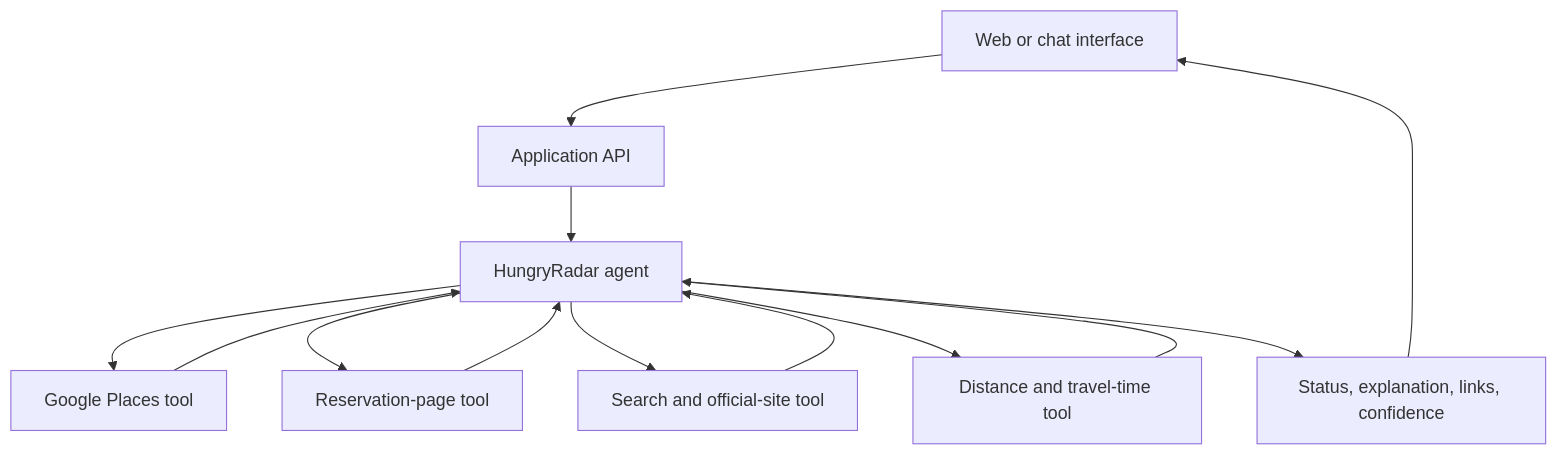
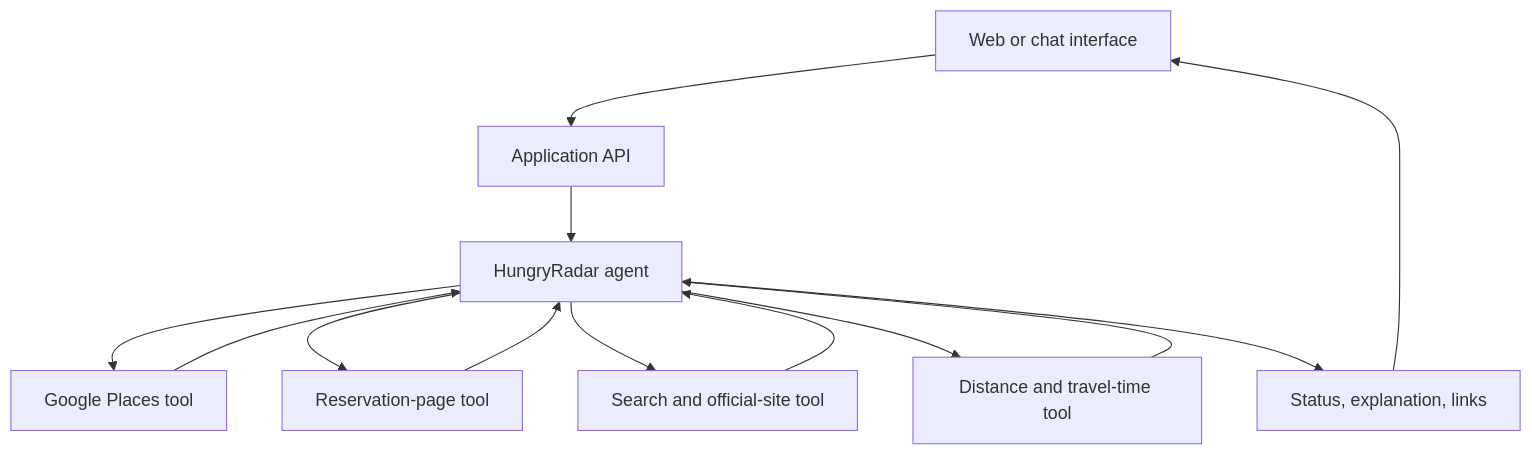
Before and after one commit to maxbov1/hungryradar: the third of 4 diagrams in README.md, drawn with Mermaid. The commit also changed other lines of this file and 1 other file, not shown here.

````diff
--- a/README.md
+++ b/README.md
@@ -118,18 +117,18 @@
 ```mermaid
 flowchart TB
     UI[Web or chat interface] --> API[Application API]
     API --> Agent[HungryRadar agent]
 
     Agent --> Places[Google Places tool]
     Agent --> Booking[Reservation-page tool]
     Agent --> Search[Search and official-site tool]
     Agent --> Travel[Distance and travel-time tool]
 
     Places --> Agent
     Booking --> Agent
     Search --> Agent
     Travel --> Agent
 
-    Agent --> Result[Status, explanation, links, confidence]
+    Agent --> Result[Status, explanation, links]
     Result --> UI
 ```
````
